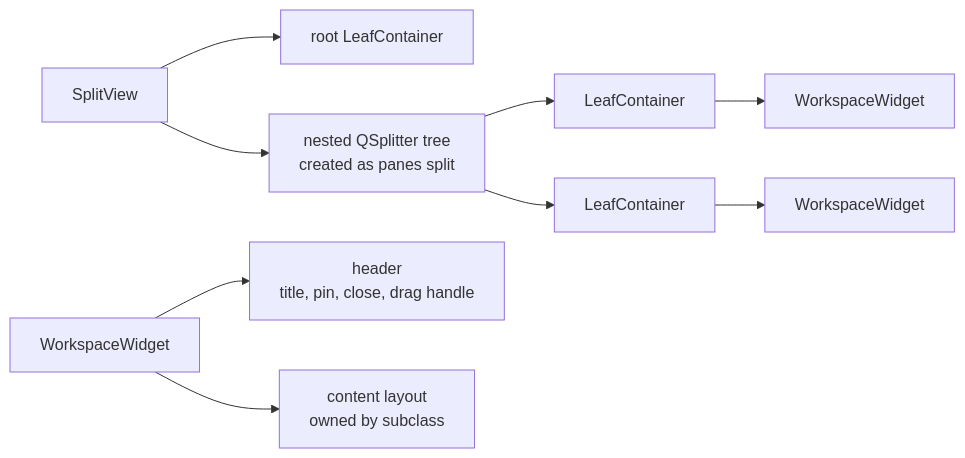
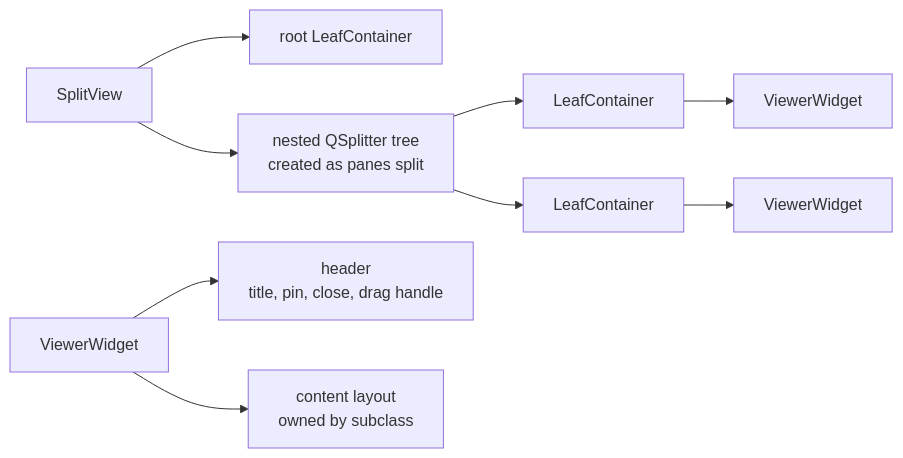
The second of 3 diagrams in docs/architecture/ui-framework.md (RasmusRynell/ax-devil), drawn with Mermaid before and after one commit. The commit also changed other lines of this file and 121 other files, not shown here.

````diff
--- a/docs/architecture/ui-framework.md
+++ b/docs/architecture/ui-framework.md
@@ -93,11 +93,11 @@
 ```mermaid
 flowchart LR
     SplitView["SplitView"] --> RootLeaf["root LeafContainer"]
     SplitView --> NestedSplitters["nested QSplitter tree<br/>created as panes split"]
     NestedSplitters --> LeafA["LeafContainer"]
     NestedSplitters --> LeafB["LeafContainer"]
-    LeafA --> WidgetA["WorkspaceWidget"]
-    LeafB --> WidgetB["WorkspaceWidget"]
-    WorkspaceWidget --> Header["header<br/>title, pin, close, drag handle"]
-    WorkspaceWidget --> ContentLayout["content layout<br/>owned by subclass"]
+    LeafA --> WidgetA["ViewerWidget"]
+    LeafB --> WidgetB["ViewerWidget"]
+    ViewerWidget --> Header["header<br/>title, pin, close, drag handle"]
+    ViewerWidget --> ContentLayout["content layout<br/>owned by subclass"]
 ```
````
